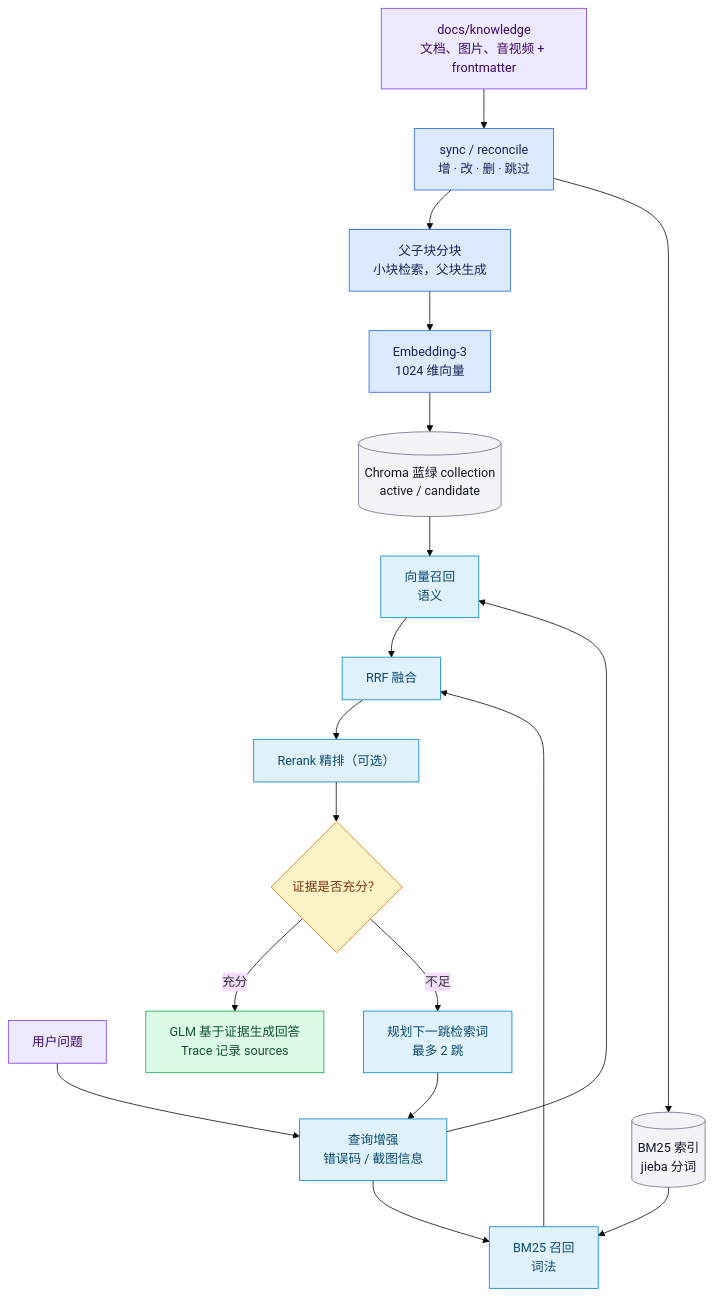
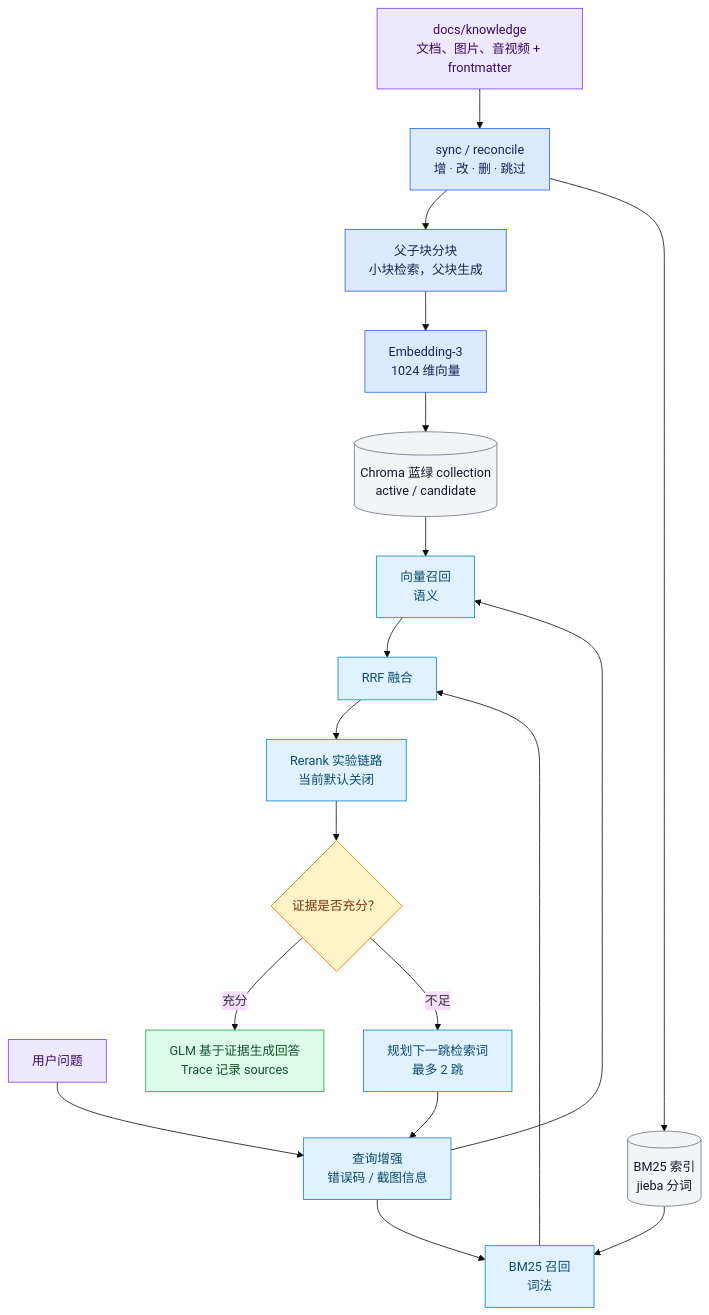
The fifth of 5 diagrams in README.md (sleep-zzz520/AI-IT-Helpdesk), drawn with Mermaid (base theme) before and after one commit. The commit also changed other lines of this file and 87 other files, not shown here.

````diff
--- a/README.md
+++ b/README.md
@@ -177,44 +178,44 @@
 ```mermaid
 flowchart TB
     Docs["docs/knowledge<br/>文档、图片、音视频 + frontmatter"]
     Sync["sync / reconcile<br/>增 · 改 · 删 · 跳过"]
     Split["父子块分块<br/>小块检索，父块生成"]
     Embed["Embedding-3<br/>1024 维向量"]
     Chroma[("Chroma 蓝绿 collection<br/>active / candidate")]
     BM25[("BM25 索引<br/>jieba 分词")]
     Query["用户问题"]
     Enhance["查询增强<br/>错误码 / 截图信息"]
     Vector["向量召回<br/>语义"]
     Lexical["BM25 召回<br/>词法"]
     RRF["RRF 融合"]
-    Rerank["Rerank 精排（可选）"]
+    Rerank["Rerank 实验链路<br/>当前默认关闭"]
     Judge{"证据是否充分？"}
     Next["规划下一跳检索词<br/>最多 2 跳"]
     Answer["GLM 基于证据生成回答<br/>Trace 记录 sources"]
 
     Docs --> Sync --> Split --> Embed --> Chroma
     Sync --> BM25
     Query --> Enhance
     Enhance --> Vector
     Enhance --> Lexical
     Chroma --> Vector
     BM25 --> Lexical
     Vector --> RRF
     Lexical --> RRF
     RRF --> Rerank --> Judge
     Judge -->|"充分"| Answer
     Judge -->|"不足"| Next --> Enhance
 
     classDef source fill:#EDE9FE,stroke:#7C3AED,color:#3B0764
     classDef ingest fill:#DBEAFE,stroke:#2563EB,color:#172554
     classDef index fill:#F3F4F6,stroke:#6B7280,color:#111827
     classDef retrieval fill:#E0F2FE,stroke:#0284C7,color:#0C4A6E
     classDef decision fill:#FEF3C7,stroke:#D97706,color:#78350F
     classDef answer fill:#DCFCE7,stroke:#16A34A,color:#14532D
     class Docs,Query source
     class Sync,Split,Embed ingest
     class Chroma,BM25 index
     class Enhance,Vector,Lexical,RRF,Rerank,Next retrieval
     class Judge decision
     class Answer answer
 ```
````
